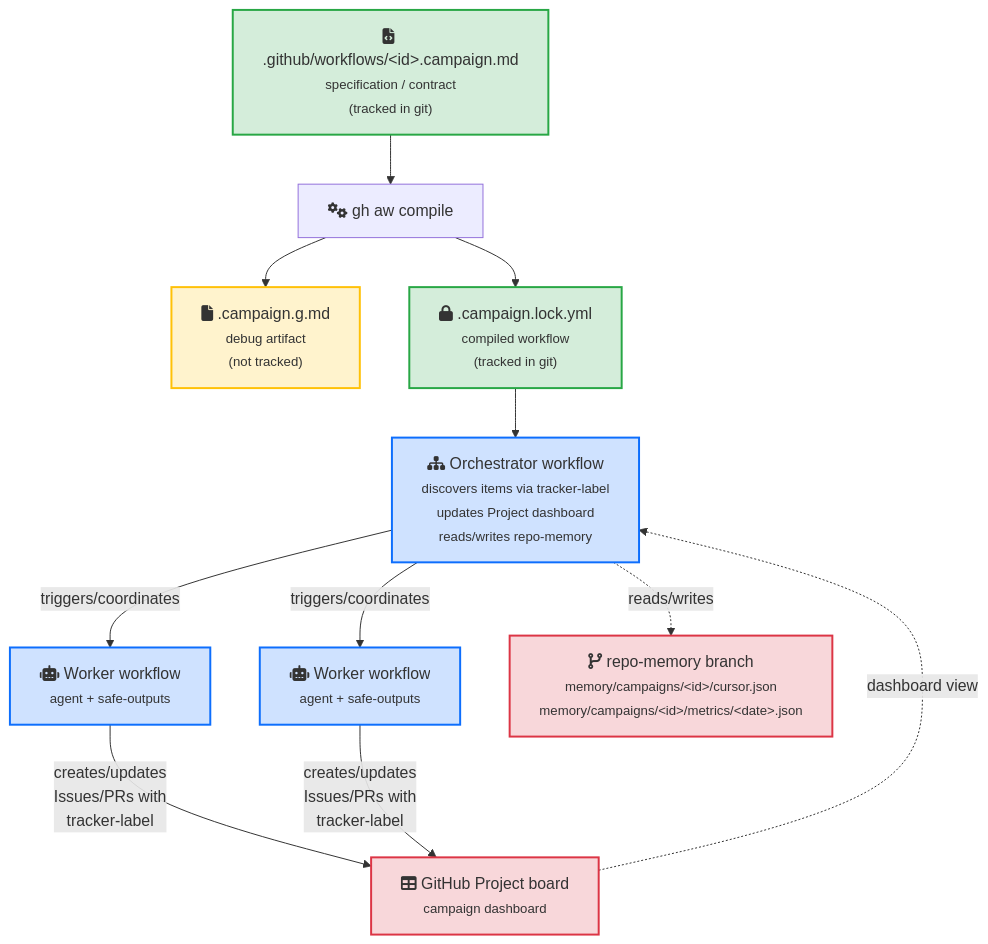
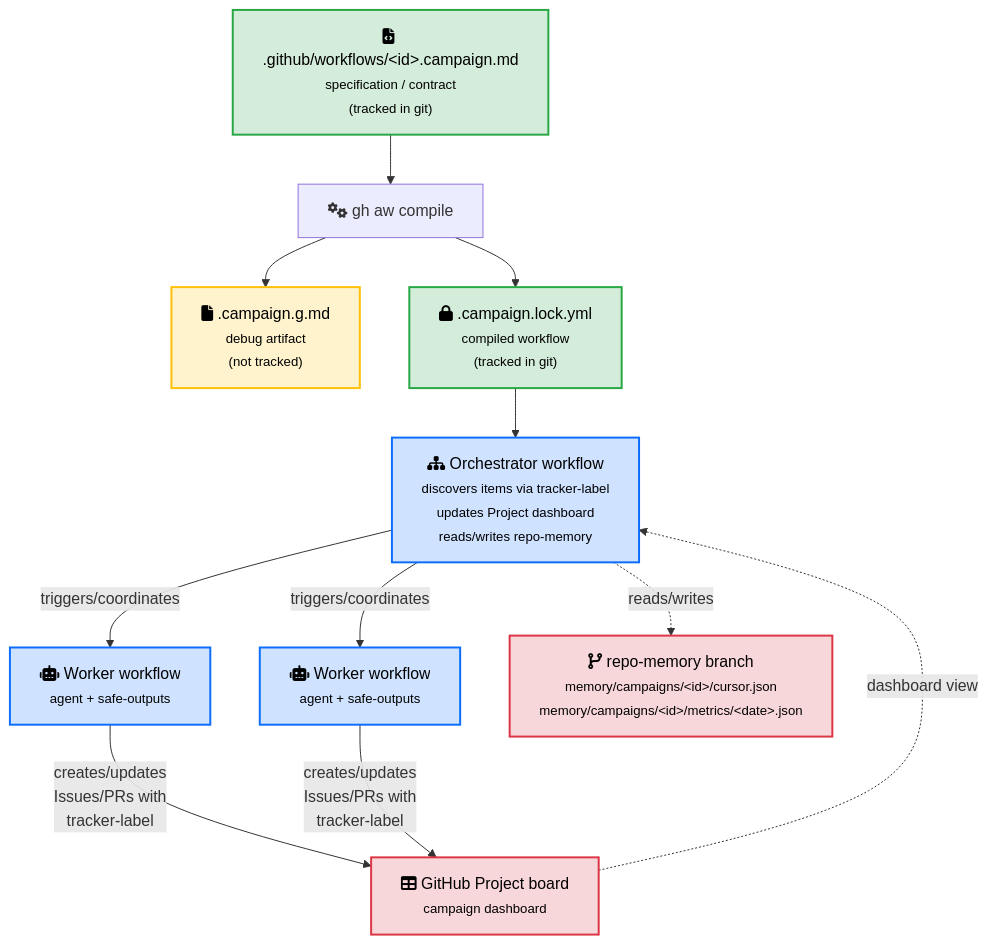
The diagram in docs/src/content/docs/guides/campaigns/specs.md (githubnext/gh-aw), drawn with Mermaid before and after one commit.

Commit message:
Improve campaign diagram text legibility with black text color

````diff
--- a/docs/src/content/docs/guides/campaigns/specs.md
+++ b/docs/src/content/docs/guides/campaigns/specs.md
@@ -20,33 +20,33 @@
 ```mermaid
 flowchart TB
     spec["fa:fa-file-code .github/workflows/&lt;id&gt;.campaign.md<br/><small>specification / contract<br/>(tracked in git)</small>"]
     compile["fa:fa-cogs gh aw compile"]
     debug["fa:fa-file .campaign.g.md<br/><small>debug artifact<br/>(not tracked)</small>"]
     lock["fa:fa-lock .campaign.lock.yml<br/><small>compiled workflow<br/>(tracked in git)</small>"]
     orchestrator["fa:fa-sitemap Orchestrator workflow<br/><small>discovers items via tracker-label<br/>updates Project dashboard<br/>reads/writes repo-memory</small>"]
     worker1["fa:fa-robot Worker workflow<br/><small>agent + safe-outputs</small>"]
     worker2["fa:fa-robot Worker workflow<br/><small>agent + safe-outputs</small>"]
     project["fa:fa-table GitHub Project board<br/><small>campaign dashboard</small>"]
     memory["fa:fa-code-branch repo-memory branch<br/><small>memory/campaigns/&lt;id&gt;/cursor.json<br/>memory/campaigns/&lt;id&gt;/metrics/&lt;date&gt;.json</small>"]
 
     spec --> compile
     compile --> debug
     compile --> lock
     lock --> orchestrator
     orchestrator -->|triggers/coordinates| worker1
     orchestrator -->|triggers/coordinates| worker2
     worker1 -->|creates/updates<br/>Issues/PRs with<br/>tracker-label| project
     worker2 -->|creates/updates<br/>Issues/PRs with<br/>tracker-label| project
     orchestrator -.->|reads/writes| memory
     project -.->|dashboard view| orchestrator
 
-    classDef tracked fill:#d4edda,stroke:#28a745,stroke-width:2px
-    classDef notTracked fill:#fff3cd,stroke:#ffc107,stroke-width:2px
-    classDef workflow fill:#cfe2ff,stroke:#0d6efd,stroke-width:2px
-    classDef external fill:#f8d7da,stroke:#dc3545,stroke-width:2px
+    classDef tracked fill:#d4edda,stroke:#28a745,stroke-width:2px,color:#000
+    classDef notTracked fill:#fff3cd,stroke:#ffc107,stroke-width:2px,color:#000
+    classDef workflow fill:#cfe2ff,stroke:#0d6efd,stroke-width:2px,color:#000
+    classDef external fill:#f8d7da,stroke:#dc3545,stroke-width:2px,color:#000
 
     class spec,lock tracked
     class debug notTracked
     class orchestrator,worker1,worker2 workflow
     class project,memory external
 ```
````
